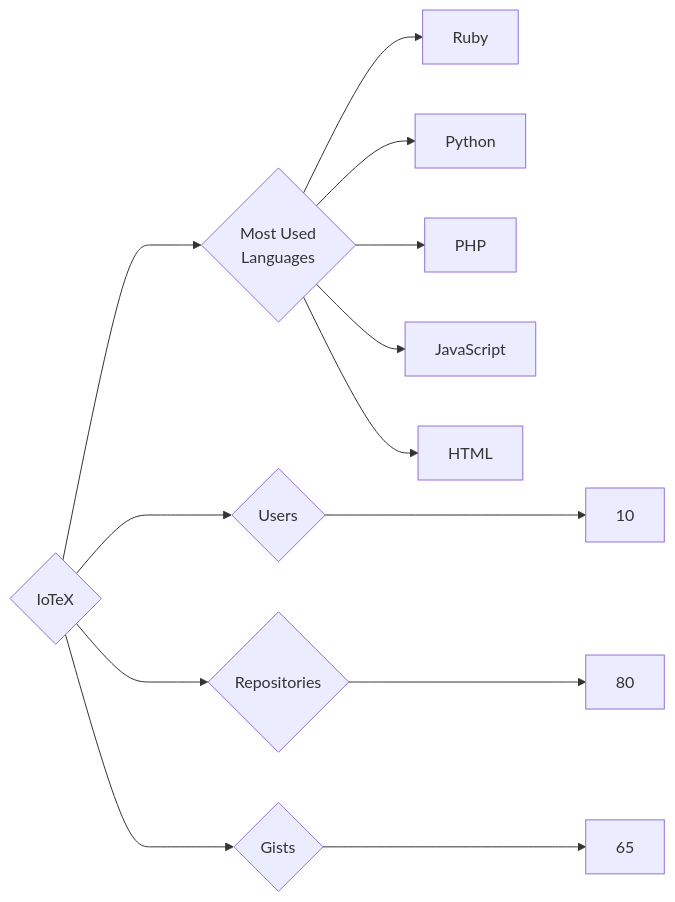
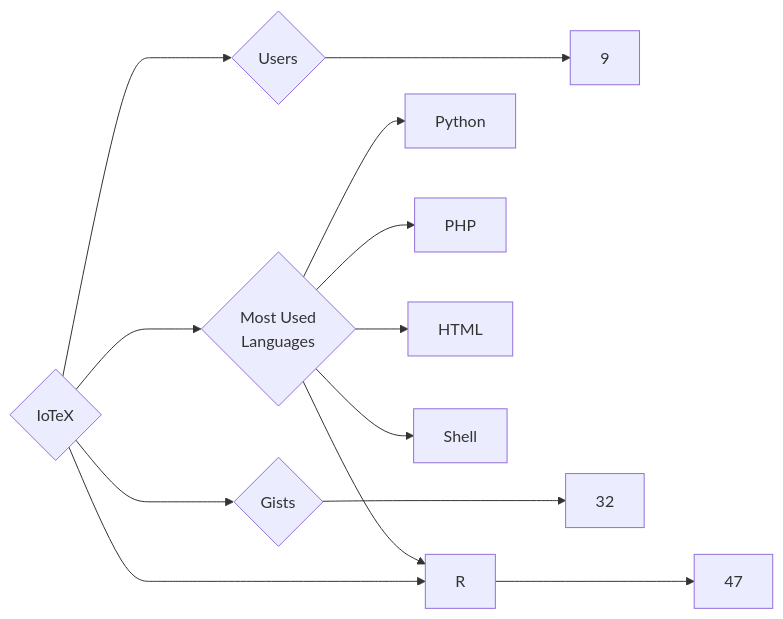
One commit to trickest/insiders changed the diagram in targets/IoTeX/README.md. Above: the diagram before and after it, drawn with Mermaid. The commit also changed 1078 other files, not shown here.

````diff
--- a/targets/IoTeX/README.md
+++ b/targets/IoTeX/README.md
@@ -3,13 +3,13 @@
 ```mermaid
 graph LR
 COMPANY_NAME{IoTeX}
-COMPANY_NAME ---> U{Users} ---> UN[10]
-COMPANY_NAME ---> R{Repositories} ---> RN[80]
-COMPANY_NAME ---> G{Gists} ---> GN[65]
+COMPANY_NAME ---> U{Users} ---> UN[9]
+COMPANY_NAME ---> R{Repositories} ---> RN[47]
+COMPANY_NAME ---> G{Gists} ---> GN[32]
 COMPANY_NAME ---> ML{Most Used<br>Languages}
-ML --> Ruby[Ruby]
 ML --> Python[Python]
 ML --> PHP[PHP]
-ML --> JavaScript[JavaScript]
 ML --> HTML[HTML]
+ML --> Shell[Shell]
+ML --> R[R]
 ```
````
